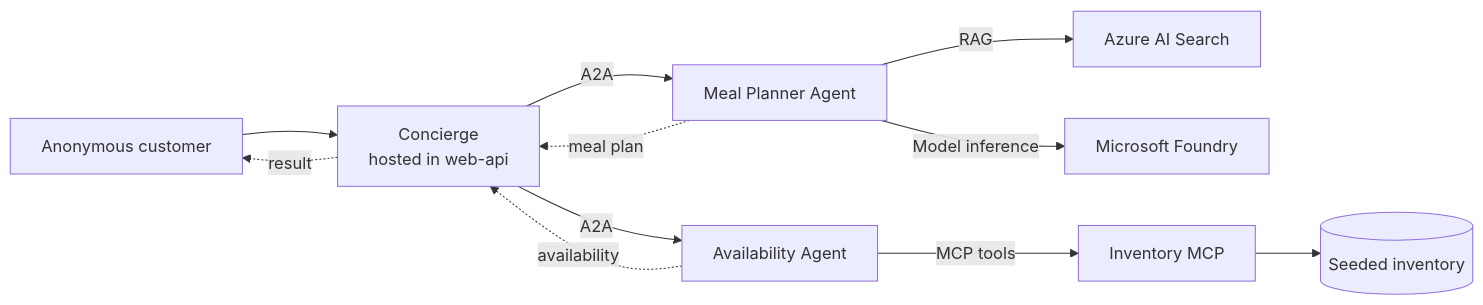
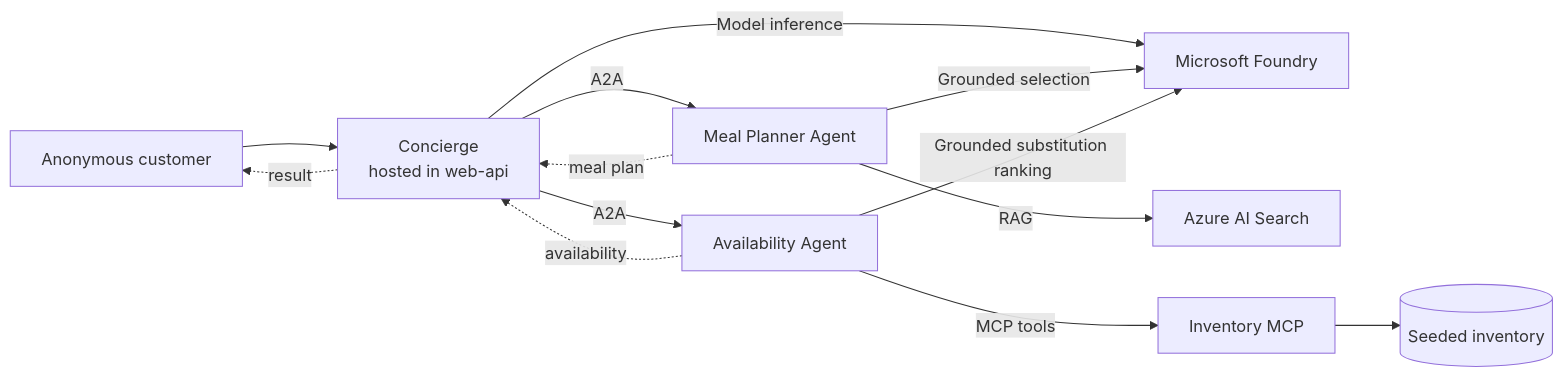
One commit to rmoreirao/SampleAKSEntraAngetID changed the diagram in README.md. Above: the diagram before and after it, drawn with Mermaid. The commit also changed other lines of this file and 20 other files, not shown here.

````diff
--- a/README.md
+++ b/README.md
@@ -11,13 +11,15 @@
 ```mermaid
 flowchart LR
     U[Anonymous customer] --> C[Concierge<br/>hosted in web-api]
+    C -->|Model inference| F[Microsoft Foundry]
     C -->|A2A| M[Meal Planner Agent]
     M -->|RAG| S[Azure AI Search]
-    M -->|Model inference| F[Microsoft Foundry]
+    M -->|Grounded selection| F
     C -->|A2A| A[Availability Agent]
     A -->|MCP tools| I[Inventory MCP]
+    A -->|Grounded substitution ranking| F
     I --> D[(Seeded inventory)]
     M -.->|meal plan| C
     A -.->|availability| C
     C -.->|result| U
 ```
````
